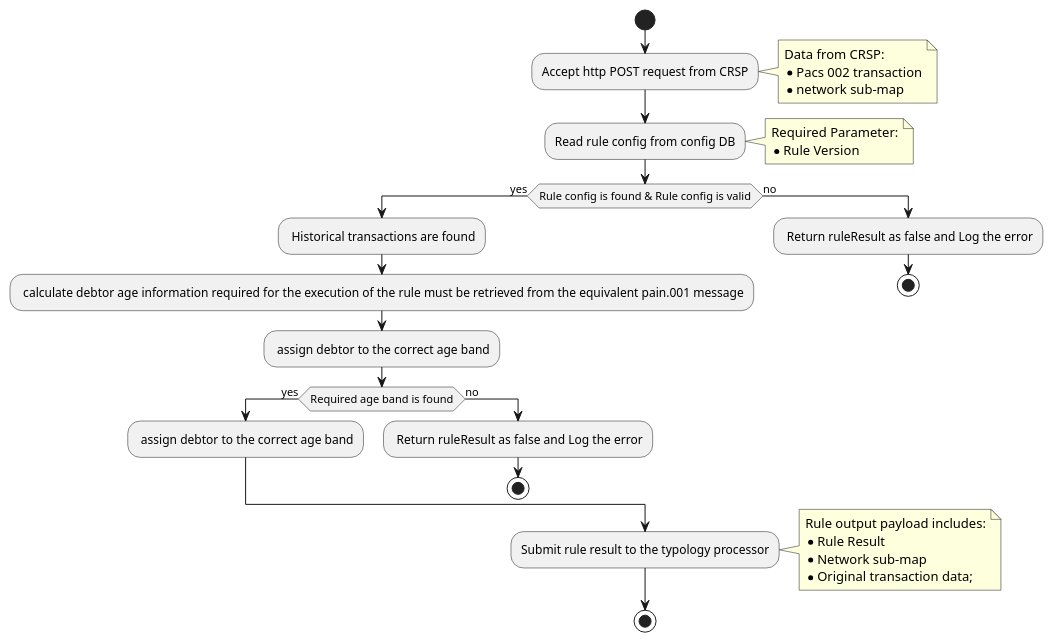
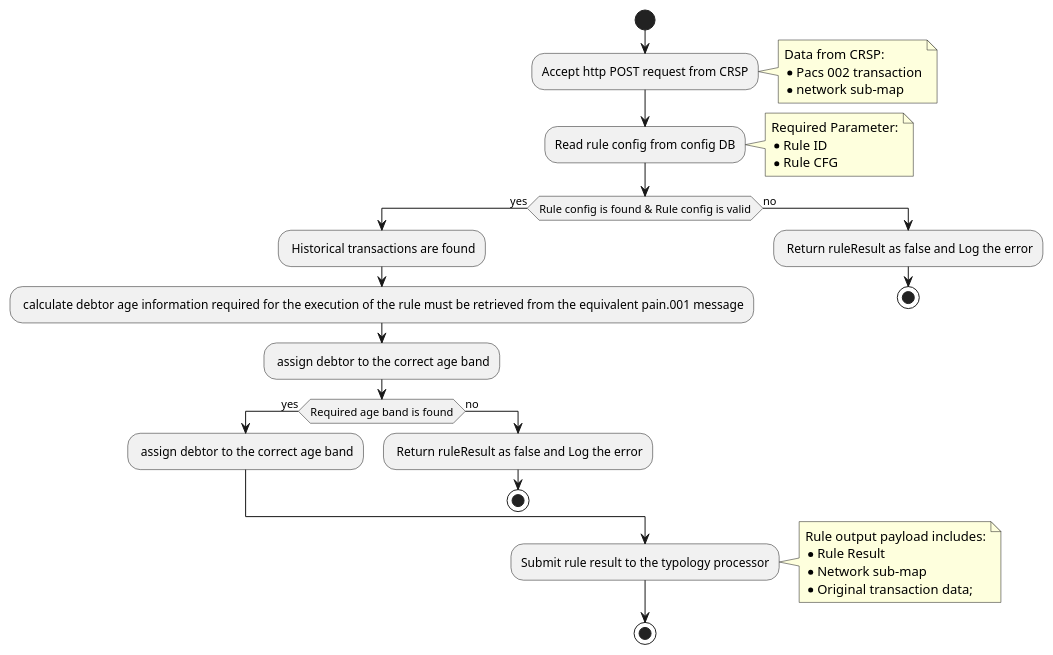
The diagram in services/Rule-028-1-1-0.plantuml (ActioFRM/uml-diagrams), drawn with PlantUML before and after one commit. The commit also changed 1 other file, not shown here.

Commit message:
change to rule id and rule cfg

```diff
--- a/services/Rule-028-1-1-0.plantuml
+++ b/services/Rule-028-1-1-0.plantuml
@@ -1,39 +1,40 @@
 @startuml
 start
 :Accept http POST request from CRSP;
  note right
             Data from CRSP:
             * Pacs 002 transaction
             * network sub-map
         end note
 :Read rule config from config DB;
  note right
             Required Parameter:
-            * Rule Version
+            * Rule ID
+            * Rule CFG
         end note
 if (Rule config is found & Rule config is valid) then (yes)
   
     : Historical transactions are found;
   
   : calculate debtor age information required for the execution of the rule must be retrieved from the equivalent pain.001 message;
    : assign debtor to the correct age band;
   if (Required age band is found) then (yes)
    : assign debtor to the correct age band;
   else (no)
    : Return ruleResult as false and Log the error;
    stop
  
 endif
 else (no)
   : Return ruleResult as false and Log the error;
   stop
 endif
 :Submit rule result to the typology processor;
 note right
     Rule output payload includes:
     * Rule Result
     * Network sub-map
     * Original transaction data;
 end note
 stop
 @enduml
```
